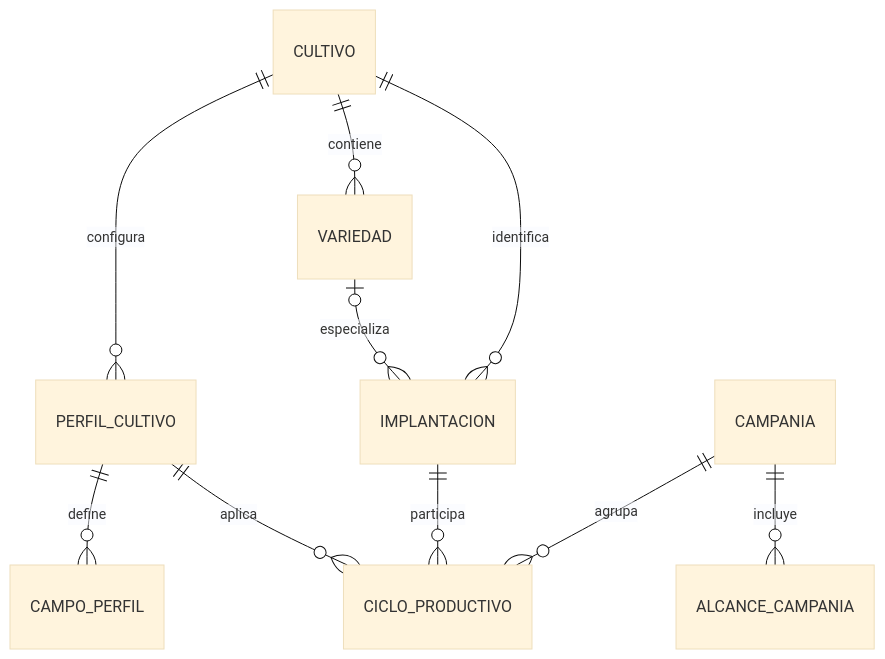
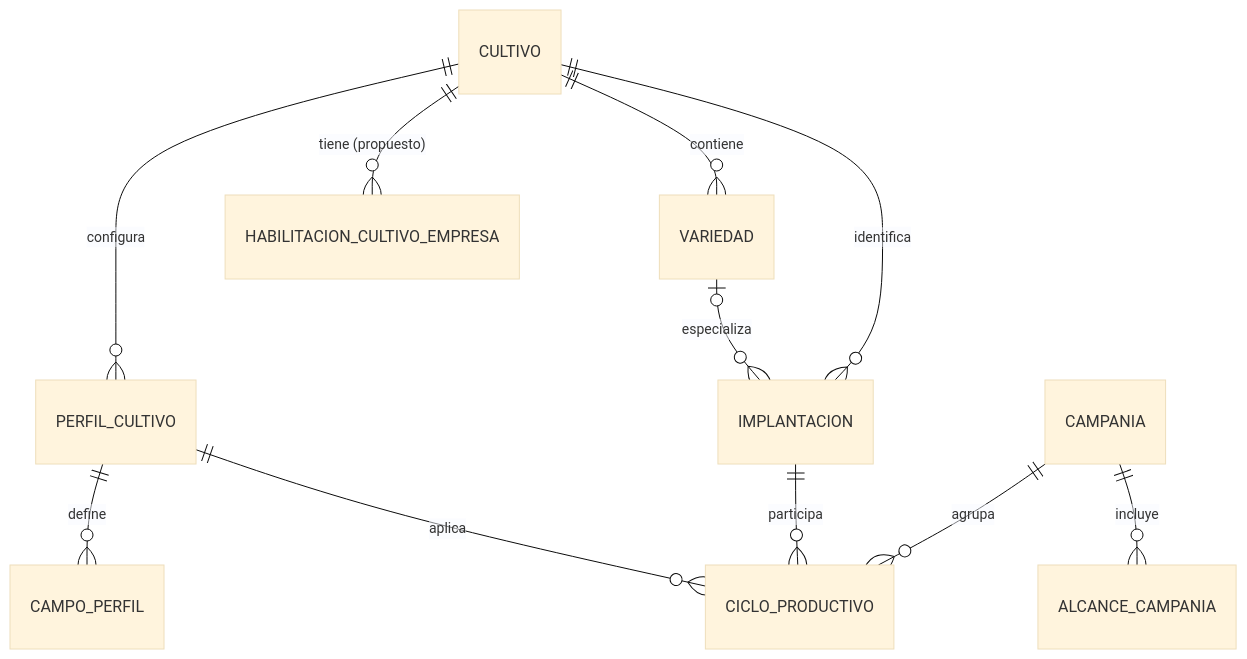
The diagram in doc/modulos/contexto-productivo/contexto-productivo.modelo-datos.md (LucasParodi00/APP_TAREFERO_API_REST_v3), drawn with Mermaid (base theme) before and after one commit. The commit also changed other lines of this file and 251 other files, not shown here.

````diff
--- a/doc/modulos/contexto-productivo/contexto-productivo.modelo-datos.md
+++ b/doc/modulos/contexto-productivo/contexto-productivo.modelo-datos.md
@@ -12,12 +12,13 @@
 ```mermaid
 erDiagram
     CULTIVO ||--o{ VARIEDAD : contiene
+    CULTIVO ||--o{ HABILITACION_CULTIVO_EMPRESA : "tiene (propuesto)"
     CULTIVO ||--o{ PERFIL_CULTIVO : configura
     PERFIL_CULTIVO ||--o{ CAMPO_PERFIL : define
     CULTIVO ||--o{ IMPLANTACION : identifica
     VARIEDAD o|--o{ IMPLANTACION : especializa
     CAMPANIA ||--o{ ALCANCE_CAMPANIA : incluye
     CAMPANIA ||--o{ CICLO_PRODUCTIVO : agrupa
     IMPLANTACION ||--o{ CICLO_PRODUCTIVO : participa
     PERFIL_CULTIVO ||--o{ CICLO_PRODUCTIVO : aplica
 ```
````
